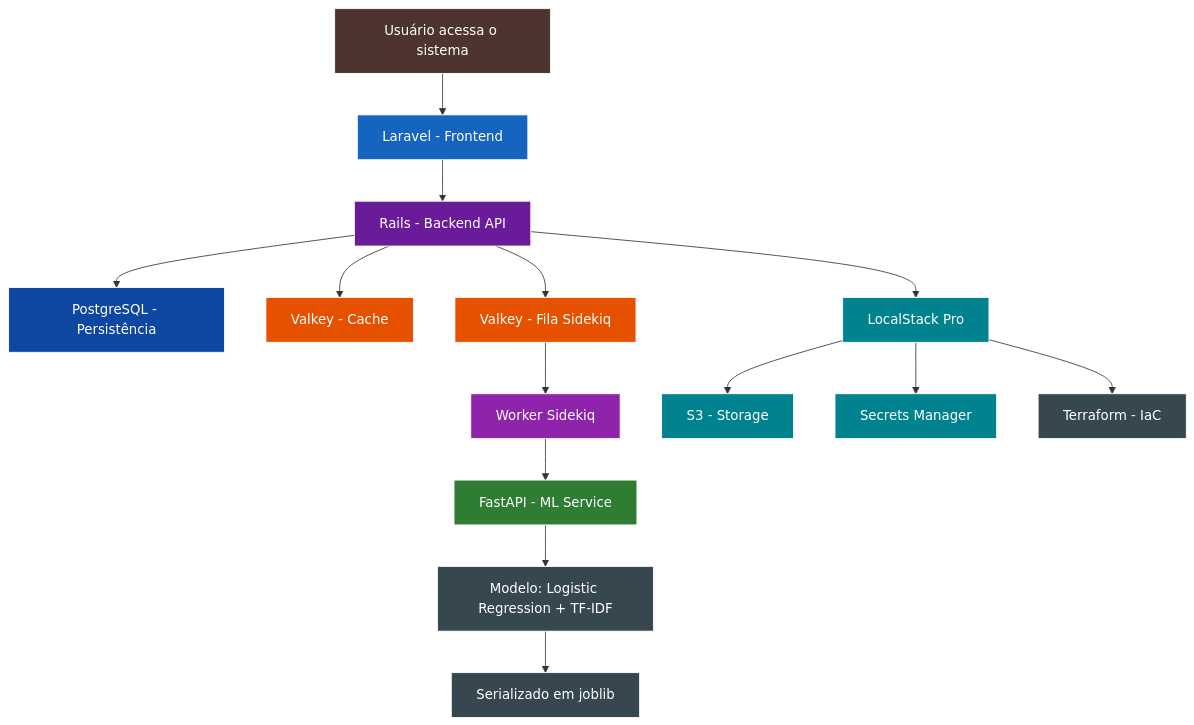
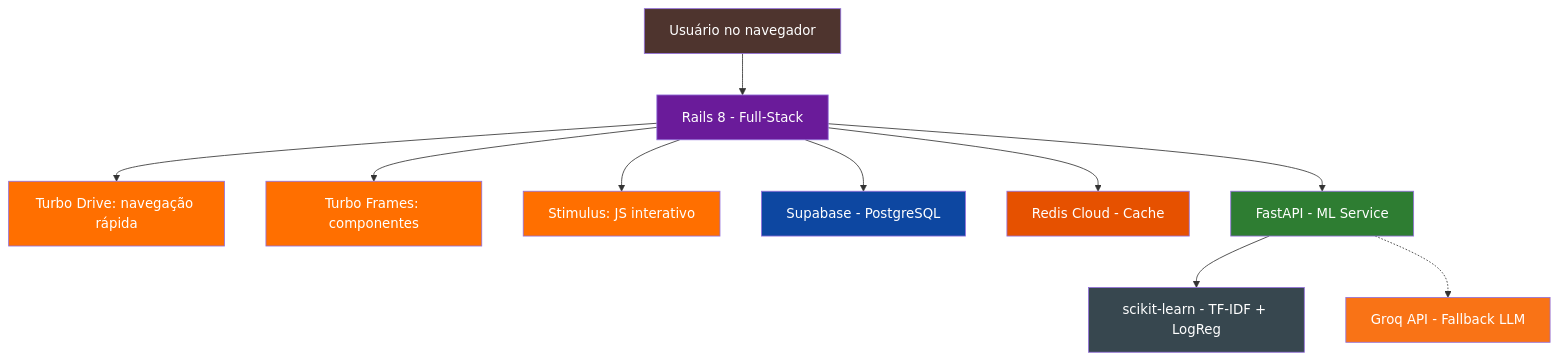
One commit to DessimA/tech-mind changed the diagram in docs/07-glossario.md. Above: the diagram before and after it, drawn with Mermaid. The commit also changed other lines of this file and 115 other files, not shown here.

Commit message:
refactor(web): namespace Web:: and Api:: to separate frontend/backend layers

````diff
--- a/docs/07-glossario.md
+++ b/docs/07-glossario.md
@@ -28,31 +24,23 @@
 ```mermaid
 flowchart TD
-    Usuário[Usuário acessa o sistema] --> FE[Laravel - Frontend]
-    FE --> BE[Rails - Backend API]
-    BE --> DB[PostgreSQL - Persistência]
-    BE --> CA[Valkey - Cache]
-    BE --> FI[Valkey - Fila Sidekiq]
-    FI --> WO[Worker Sidekiq]
-    WO --> ML[FastAPI - ML Service]
-    ML --> MODELO[Modelo: Logistic Regression + TF-IDF]
-    MODELO --> JOBLIB[Serializado em joblib]
-    BE --> INFRA[LocalStack Pro]
-    INFRA --> S3[S3 - Storage]
-    INFRA --> SM[Secrets Manager]
-    INFRA --> TF[Terraform - IaC]
+    Usuário[Usuário no navegador] --> RAILS[Rails 8 - Full-Stack]
+    RAILS --> TURBO[Turbo Drive: navegação rápida]
+    RAILS --> TURBO2[Turbo Frames: componentes]
+    RAILS --> STIMULUS[Stimulus: JS interativo]
+    RAILS --> DB[Supabase - PostgreSQL]
+    RAILS --> CACHE[Redis Cloud - Cache]
+    RAILS --> ML[FastAPI - ML Service]
+    ML --> SKLEARN[scikit-learn - TF-IDF + LogReg]
+    ML -.-> GROQ[Groq API - Fallback LLM]
 
-    style Usuário fill:#4E342E,color:#fff,stroke:#fff
-    style FE fill:#1565C0,color:#fff,stroke:#fff
-    style BE fill:#6A1B9A,color:#fff,stroke:#fff
-    style DB fill:#0D47A1,color:#fff,stroke:#fff
-    style CA fill:#E65100,color:#fff,stroke:#fff
-    style FI fill:#E65100,color:#fff,stroke:#fff
-    style WO fill:#8E24AA,color:#fff,stroke:#fff
-    style ML fill:#2E7D32,color:#fff,stroke:#fff
-    style MODELO fill:#37474F,color:#fff,stroke:#fff
-    style JOBLIB fill:#37474F,color:#fff,stroke:#fff
-    style INFRA fill:#00838F,color:#fff,stroke:#fff
-    style S3 fill:#00838F,color:#fff,stroke:#fff
-    style SM fill:#00838F,color:#fff,stroke:#fff
-    style TF fill:#37474F,color:#fff,stroke:#fff
+    style Usuário fill:#4E342E,color:#fff
+    style RAILS fill:#6A1B9A,color:#fff
+    style TURBO fill:#FF6F00,color:#fff
+    style TURBO2 fill:#FF6F00,color:#fff
+    style STIMULUS fill:#FF6F00,color:#fff
+    style DB fill:#0D47A1,color:#fff
+    style CACHE fill:#E65100,color:#fff
+    style ML fill:#2E7D32,color:#fff
+    style SKLEARN fill:#37474F,color:#fff
+    style GROQ fill:#F97316,color:#fff
 ```
````
